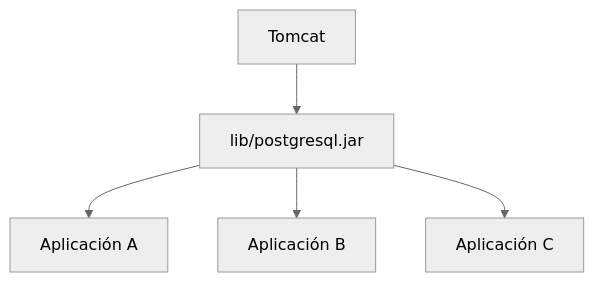
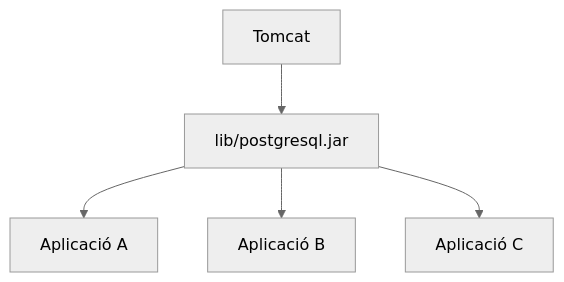
Before and after one commit to jordicido/jordicina: the fourth of 5 diagrams in docs/daw-daw/up3/02-configuracion-bibliotecas.md, drawn with Mermaid (neutral theme). The commit also changed other lines of this file and 10 other files, not shown here.

````diff
--- a/docs/daw-daw/up3/02-configuracion-bibliotecas.md
+++ b/docs/daw-daw/up3/02-configuracion-bibliotecas.md
@@ -427,7 +427,7 @@
 ```mermaid
 flowchart TD
     T["Tomcat"] --> L["lib/postgresql.jar"]
-    L --> A["Aplicación A"]
-    L --> B["Aplicación B"]
-    L --> C["Aplicación C"]
+    L --> A["Aplicació A"]
+    L --> B["Aplicació B"]
+    L --> C["Aplicació C"]
 ```
````
